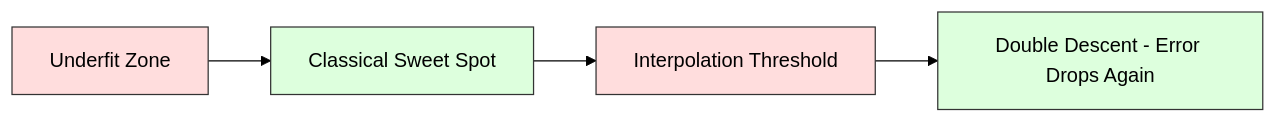
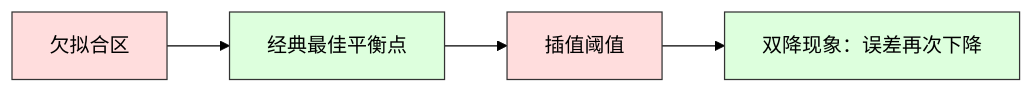
Before and after one commit to huangyue12120/Learning-Atlas: the second of 5 diagrams in content/translations/practice/02-ml-fundamentals/10-bias-variance/zh.md, drawn with Mermaid (forest theme). The commit also changed other lines of this file and 24 other files, not shown here.

Commit message:
fix(reader): localize Mermaid in source content

````diff
--- a/content/translations/practice/02-ml-fundamentals/10-bias-variance/zh.md
+++ b/content/translations/practice/02-ml-fundamentals/10-bias-variance/zh.md
@@ -121,11 +121,11 @@
 ```mermaid
 graph LR
-    A[Underfit Zone] --> B[Classical Sweet Spot]
-    B --> C[Interpolation Threshold]
-    C --> D[Double Descent - Error Drops Again]
+    A[欠拟合区] --> B[经典最佳平衡点]
+    B --> C[插值阈值]
+    C --> D[双降现象：误差再次下降]
 
     style A fill:#fdd,stroke:#333
     style B fill:#dfd,stroke:#333
     style C fill:#fdd,stroke:#333
     style D fill:#dfd,stroke:#333
 ```
````
